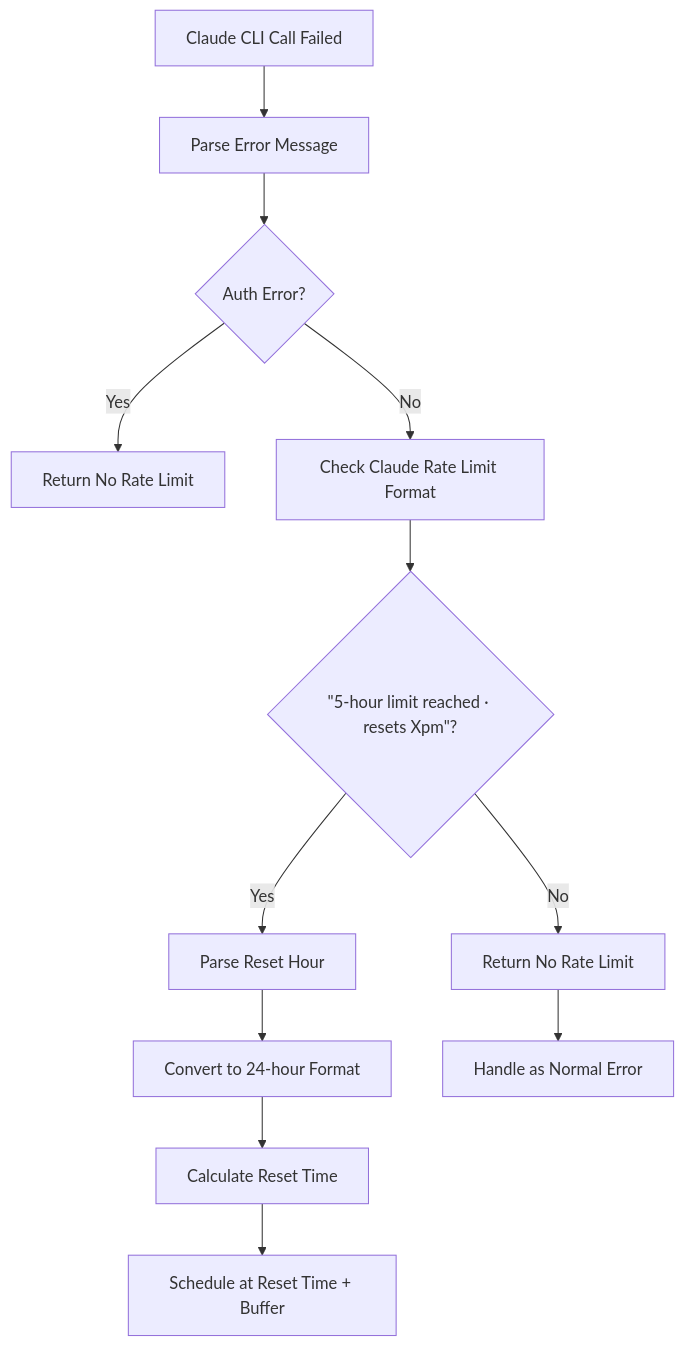
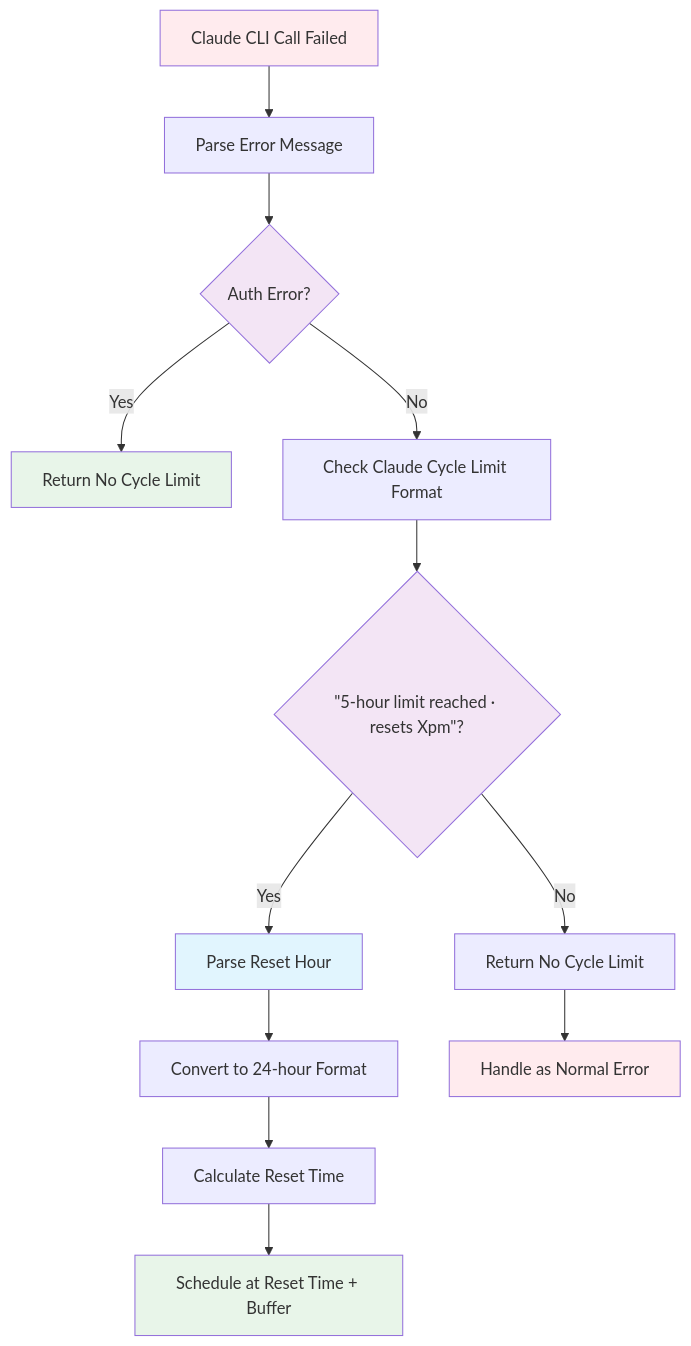
Before and after one commit to substance0/claudepulse: the sixth of 11 diagrams in docs/workflow-diagrams.md, drawn with Mermaid. The commit also changed other lines of this file and 38 other files, not shown here.

````diff
--- a/docs/workflow-diagrams.md
+++ b/docs/workflow-diagrams.md
@@ -265,15 +393,24 @@
 ```mermaid
 %% This is a comment explaining the flow
 graph TD
     A[Claude CLI Call Failed] --> B[Parse Error Message]
     B --> C{Auth Error?}
-    C -->|Yes| D[Return No Rate Limit]
-    C -->|No| E[Check Claude Rate Limit Format]
+    C -->|Yes| D[Return No Cycle Limit]
+    C -->|No| E[Check Claude Cycle Limit Format]
     E --> F{"#quot;5-hour limit reached ∙ resets Xpm#quot;?"}
     F -->|Yes| G[Parse Reset Hour]
-    F -->|No| H[Return No Rate Limit]
+    F -->|No| H[Return No Cycle Limit]
     G --> I[Convert to 24-hour Format]
     I --> J[Calculate Reset Time]
     J --> K[Schedule at Reset Time + Buffer]
     H --> L[Handle as Normal Error]
+
+    %% Consistent styling
+    style A fill:#ffebee
+    style C fill:#f3e5f5
+    style D fill:#e8f5e9
+    style F fill:#f3e5f5
+    style G fill:#e1f5fe
+    style K fill:#e8f5e9
+    style L fill:#ffebee
 ```
````
